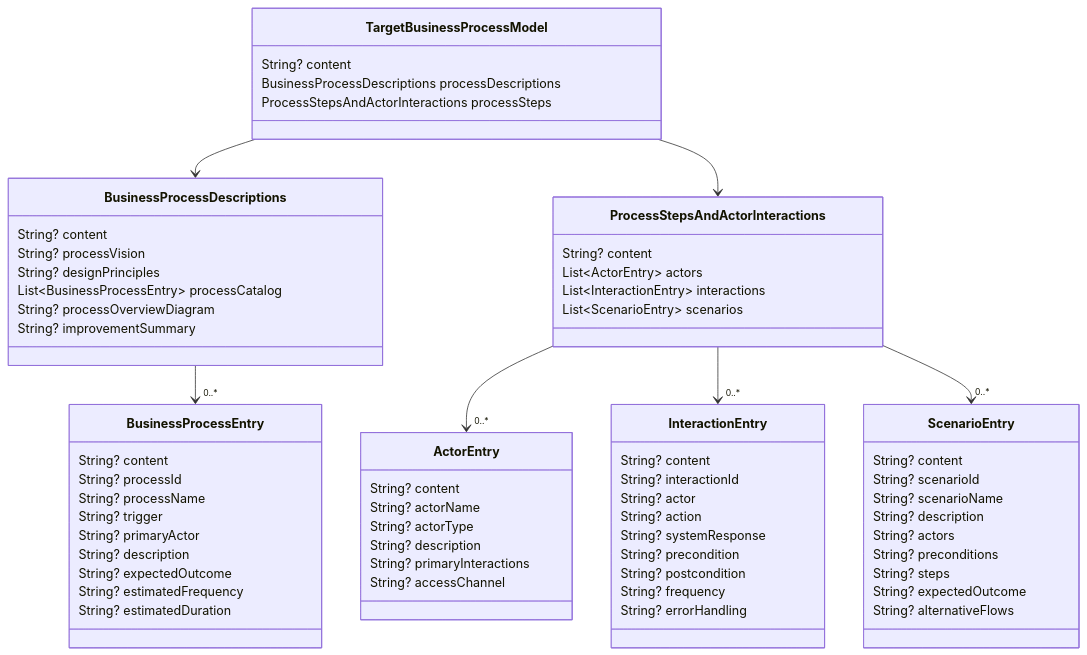
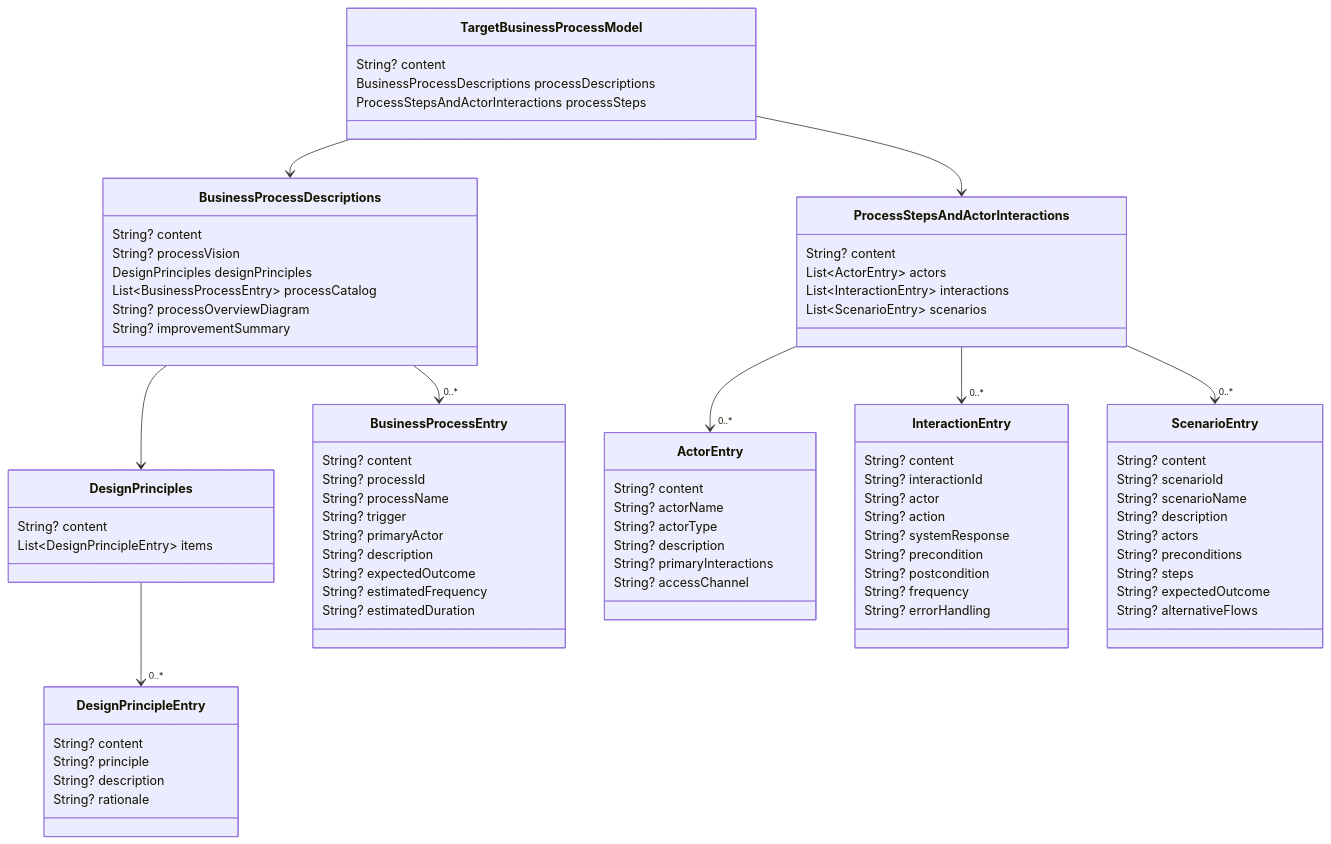
Diagram 11 of 20 in tom_specs_model/doc/pd_project_definition_model.md (al-the-bear/tom_ai_build), drawn with Mermaid before and after one commit. The commit also changed other lines of this file and 7 other files, not shown here.

```diff
--- a/tom_specs_model/doc/pd_project_definition_model.md
+++ b/tom_specs_model/doc/pd_project_definition_model.md
@@ -551,10 +749,22 @@
     class BusinessProcessDescriptions {
         String? content
         String? processVision
-        String? designPrinciples
+        DesignPrinciples designPrinciples
         List~BusinessProcessEntry~ processCatalog
         String? processOverviewDiagram
         String? improvementSummary
+    }
+
+    class DesignPrinciples {
+        String? content
+        List~DesignPrincipleEntry~ items
+    }
+
+    class DesignPrincipleEntry {
+        String? content
+        String? principle
+        String? description
+        String? rationale
     }
 
     class BusinessProcessEntry {
@@ -611,7 +821,9 @@
 
     TargetBusinessProcessModel --> BusinessProcessDescriptions
     TargetBusinessProcessModel --> ProcessStepsAndActorInteractions
+    BusinessProcessDescriptions --> DesignPrinciples
     BusinessProcessDescriptions --> "0..*" BusinessProcessEntry
+    DesignPrinciples --> "0..*" DesignPrincipleEntry
     ProcessStepsAndActorInteractions --> "0..*" ActorEntry
     ProcessStepsAndActorInteractions --> "0..*" InteractionEntry
     ProcessStepsAndActorInteractions --> "0..*" ScenarioEntry
```
